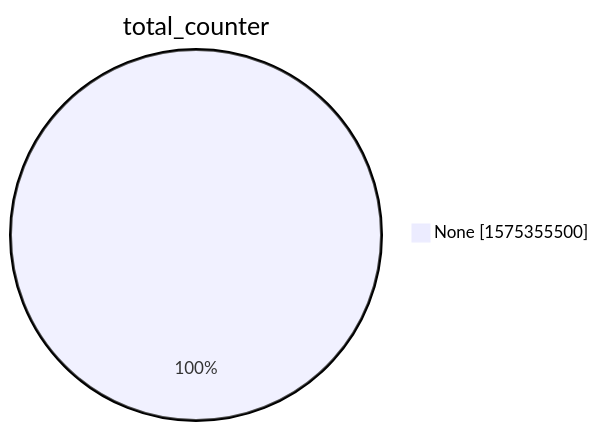
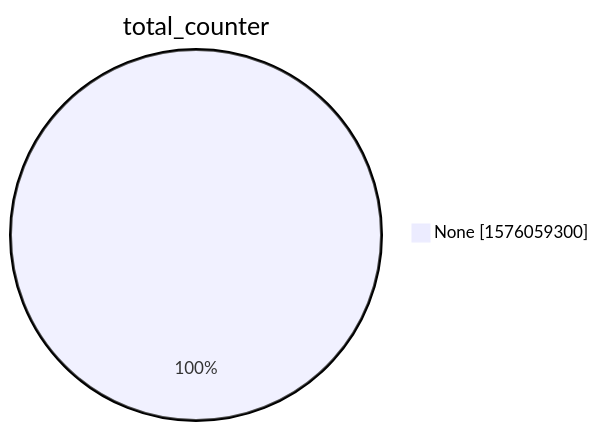
One commit to christiankrug/ctmonitor_visualization changed the second of 15 diagrams in xenon2022/README.md. Above: the diagram before and after it, drawn with Mermaid. The commit also changed other lines of this file, not shown here.

````diff
--- a/xenon2022/README.md
+++ b/xenon2022/README.md
@@ -9,5 +9,5 @@
 ```mermaid
 pie showData
 title total_counter
-"None" :1575355500
+"None" :1576059300
 ```
````
